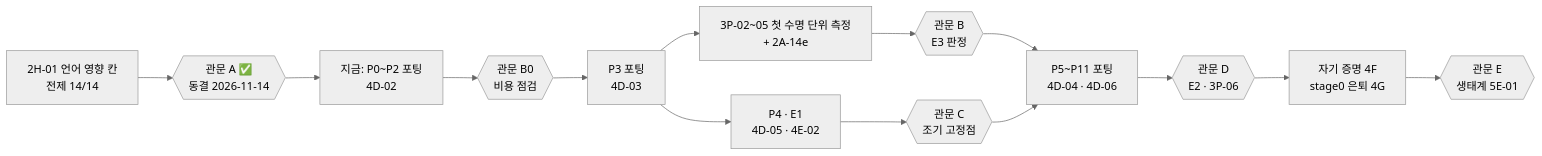
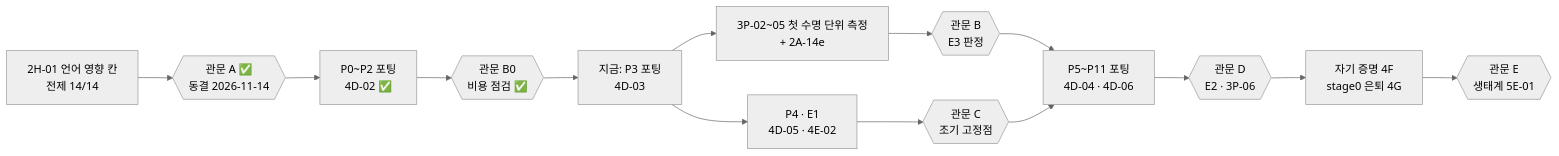
One commit to lang-bmb/lang-bmb changed the third of 4 diagrams in docs/ROADMAP.md. Above: the diagram before and after it, drawn with Mermaid (neutral theme). The commit also changed other lines of this file and 6 other files, not shown here.

````diff
--- a/docs/ROADMAP.md
+++ b/docs/ROADMAP.md
@@ -144,11 +144,11 @@
 ```mermaid
 flowchart LR
     N["2H-01 언어 영향 칸<br/>전제 14/14"] --> A{{"관문 A ✅<br/>동결 2026-11-14"}}
-    A --> P02["지금: P0~P2 포팅<br/>4D-02"] --> B0{{"관문 B0<br/>비용 점검"}} --> P03["P3 포팅<br/>4D-03"]
+    A --> P02["P0~P2 포팅<br/>4D-02 ✅"] --> B0{{"관문 B0<br/>비용 점검 ✅"}} --> P03["지금: P3 포팅<br/>4D-03"]
     P03 --> M["3P-02~05 첫 수명 단위 측정<br/>+ 2A-14e"] --> B{{"관문 B<br/>E3 판정"}}
     P03 --> P4["P4 · E1<br/>4D-05 · 4E-02"] --> C{{"관문 C<br/>조기 고정점"}}
     B --> P511["P5~P11 포팅<br/>4D-04 · 4D-06"]
     C --> P511
     P511 --> D{{"관문 D<br/>E2 · 3P-06"}}
     D --> SP["자기 증명 4F<br/>stage0 은퇴 4G"] --> E{{"관문 E<br/>생태계 5E-01"}}
 ```
````
